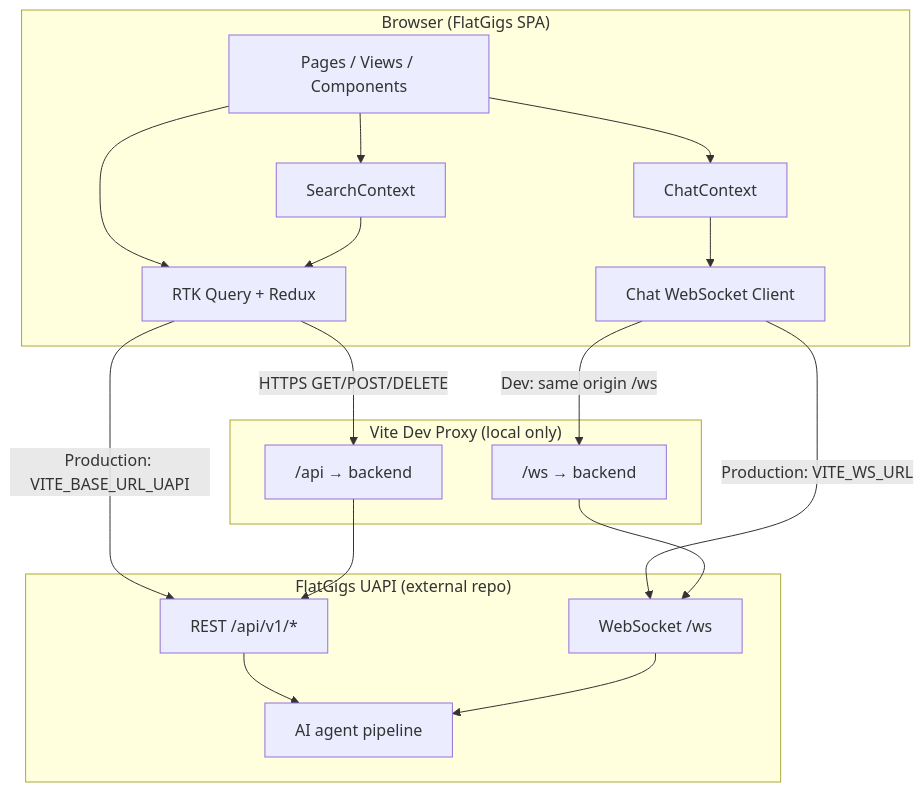
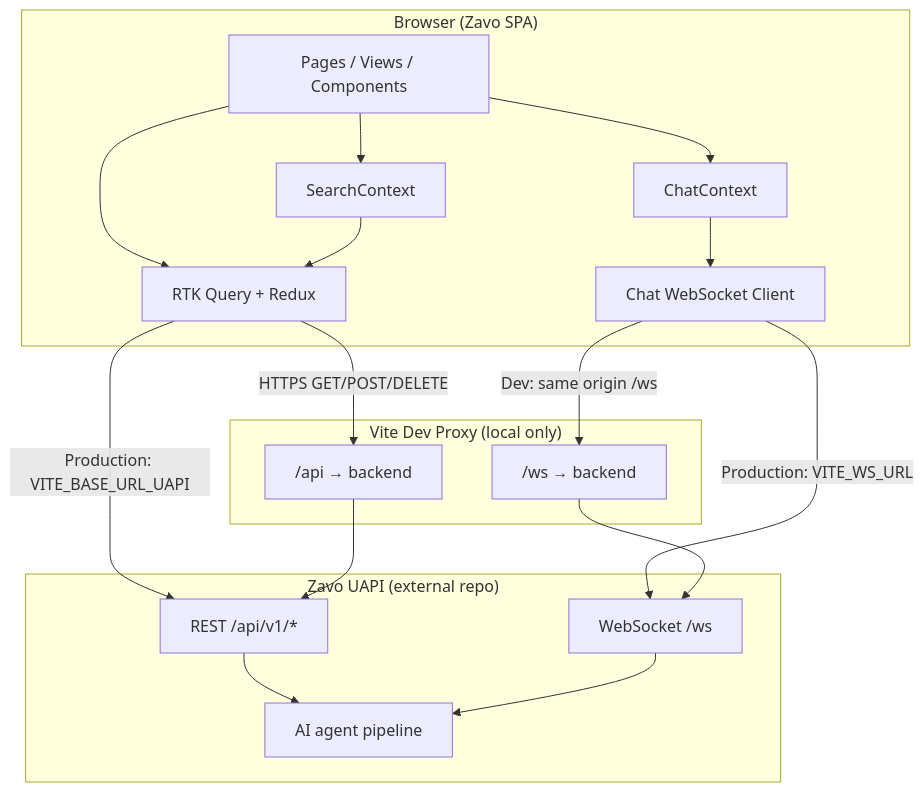
The first of 3 diagrams in README.md (anuragbhardwaj21/flatgigs-frontend), drawn with Mermaid before and after one commit. The commit also changed other lines of this file and 18 other files, not shown here.

````diff
--- a/README.md
+++ b/README.md
@@ -74,35 +74,35 @@
 ```mermaid
 flowchart TB
-  subgraph Browser["Browser (FlatGigs SPA)"]
+  subgraph Browser["Browser (Zavo SPA)"]
     UI["Pages / Views / Components"]
     SearchCtx["SearchContext"]
     ChatCtx["ChatContext"]
     RTK["RTK Query + Redux"]
     WSClient["Chat WebSocket Client"]
     UI --> SearchCtx
     UI --> ChatCtx
     UI --> RTK
     ChatCtx --> WSClient
     SearchCtx --> RTK
   end
 
   subgraph DevProxy["Vite Dev Proxy (local only)"]
     ProxyAPI["/api → backend"]
     ProxyWS["/ws → backend"]
   end
 
-  subgraph Backend["FlatGigs UAPI (external repo)"]
+  subgraph Backend["Zavo UAPI (external repo)"]
     REST["REST /api/v1/*"]
     WSS["WebSocket /ws"]
     Agents["AI agent pipeline"]
     REST --> Agents
     WSS --> Agents
   end
 
   RTK -->|"HTTPS GET/POST/DELETE"| ProxyAPI
   RTK -->|"Production: VITE_BASE_URL_UAPI"| REST
   WSClient -->|"Dev: same origin /ws"| ProxyWS
   WSClient -->|"Production: VITE_WS_URL"| WSS
   ProxyAPI --> REST
   ProxyWS --> WSS
 ```
````
